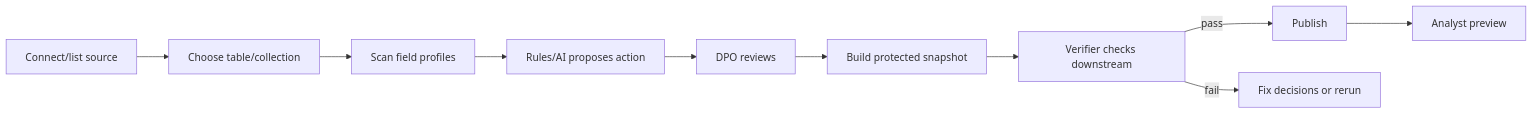
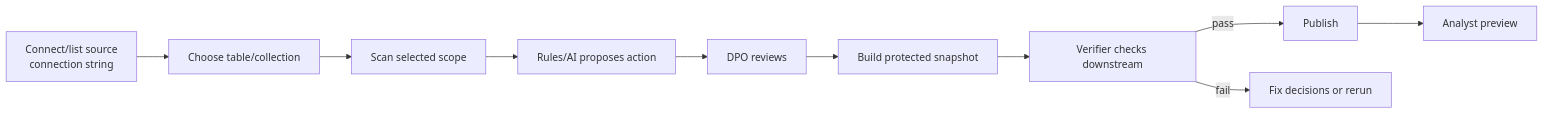
Before and after one commit to tlong1610/PII_Masking: the second of 5 diagrams in docs/architecture_diagram.md, drawn with Mermaid. The commit also changed other lines of this file and 15 other files, not shown here.

Commit message:
feat: add source scope selection and HMAC-locked field handling to PII review experience

````diff
--- a/docs/architecture_diagram.md
+++ b/docs/architecture_diagram.md
@@ -37,12 +37,12 @@
 ```mermaid
 flowchart LR
-    A[Connect/list source] --> B[Choose table/collection]
-    B --> C[Scan field profiles]
+    A[Connect/list source<br/>connection string] --> B[Choose table/collection]
+    B --> C[Scan selected scope]
     C --> D[Rules/AI proposes action]
     D --> E[DPO reviews]
     E --> F[Build protected snapshot]
     F --> G[Verifier checks downstream]
     G -->|pass| H[Publish]
     G -->|fail| I[Fix decisions or rerun]
     H --> J[Analyst preview]
 ```
````
